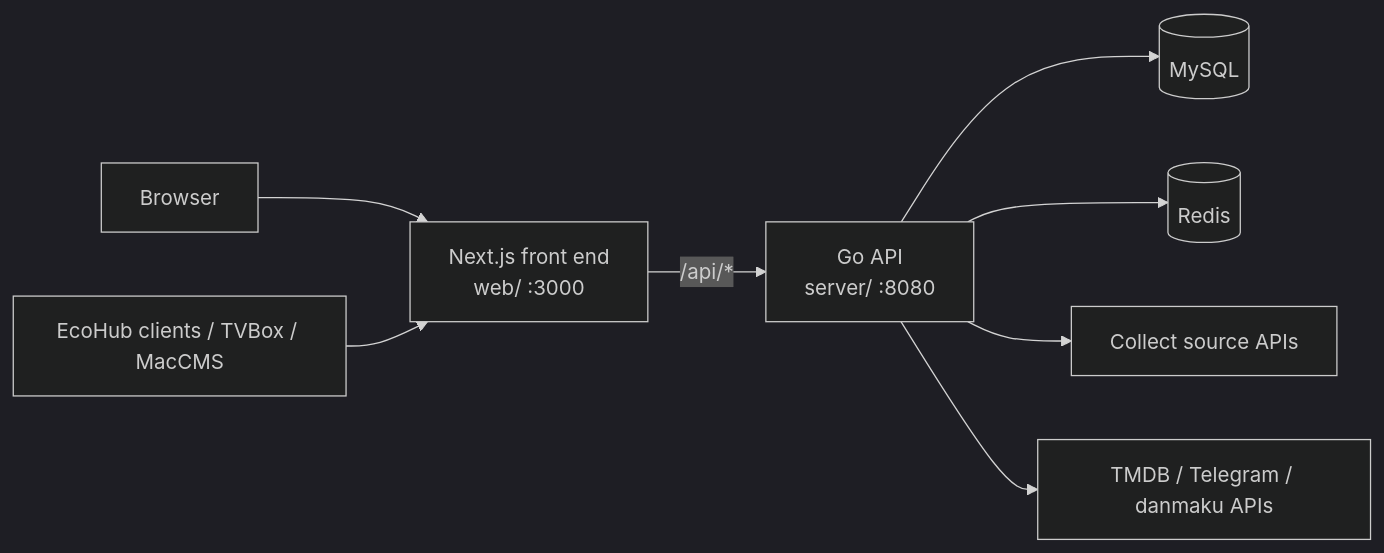
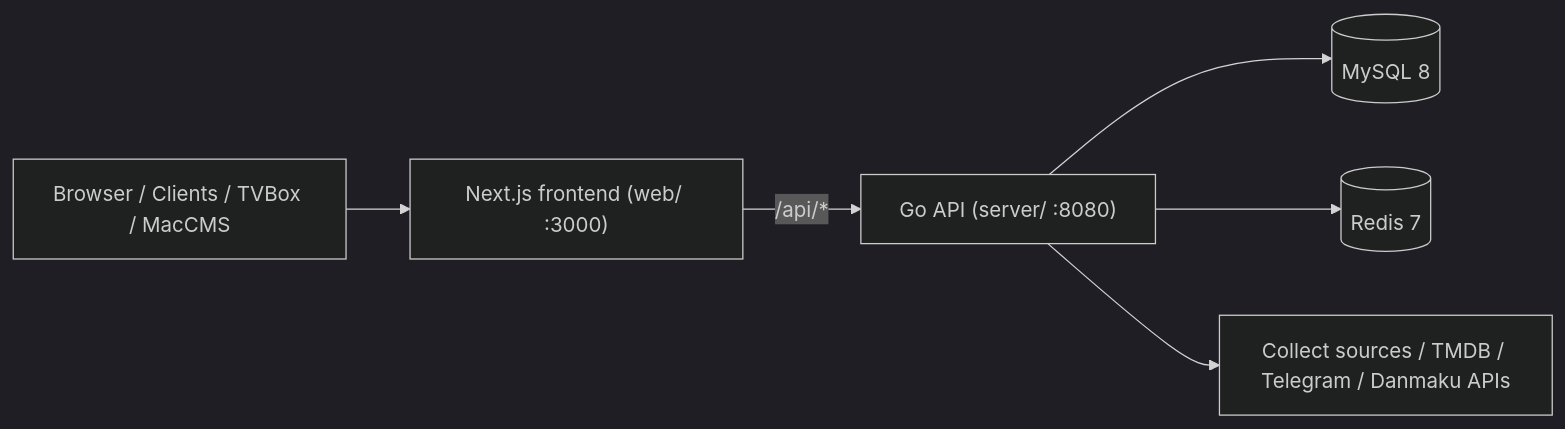
One commit to fe-spark/EcoHub changed the diagram in docs/README_EN.md. Above: the diagram before and after it, drawn with Mermaid (dark theme). The commit also changed other lines of this file and 13 other files, not shown here.

````diff
--- a/docs/README_EN.md
+++ b/docs/README_EN.md
@@ -93,10 +54,8 @@
 ```mermaid
 flowchart LR
-    Browser["Browser"] --> Web["Next.js front end<br/>web/ :3000"]
-    Clients["EcoHub clients / TVBox / MacCMS"] --> Web
-    Web -- "/api/*" --> API["Go API<br/>server/ :8080"]
-    API --> MySQL[("MySQL")]
-    API --> Redis[("Redis")]
-    API --> Sources["Collect source APIs"]
-    API --> External["TMDB / Telegram / danmaku APIs"]
+    Browser["Browser / Clients / TVBox / MacCMS"] --> Web["Next.js frontend (web/ :3000)"]
+    Web -- "/api/*" --> API["Go API (server/ :8080)"]
+    API --> MySQL[("MySQL 8")]
+    API --> Redis[("Redis 7")]
+    API --> External["Collect sources / TMDB / Telegram / Danmaku APIs"]
 ```
````
